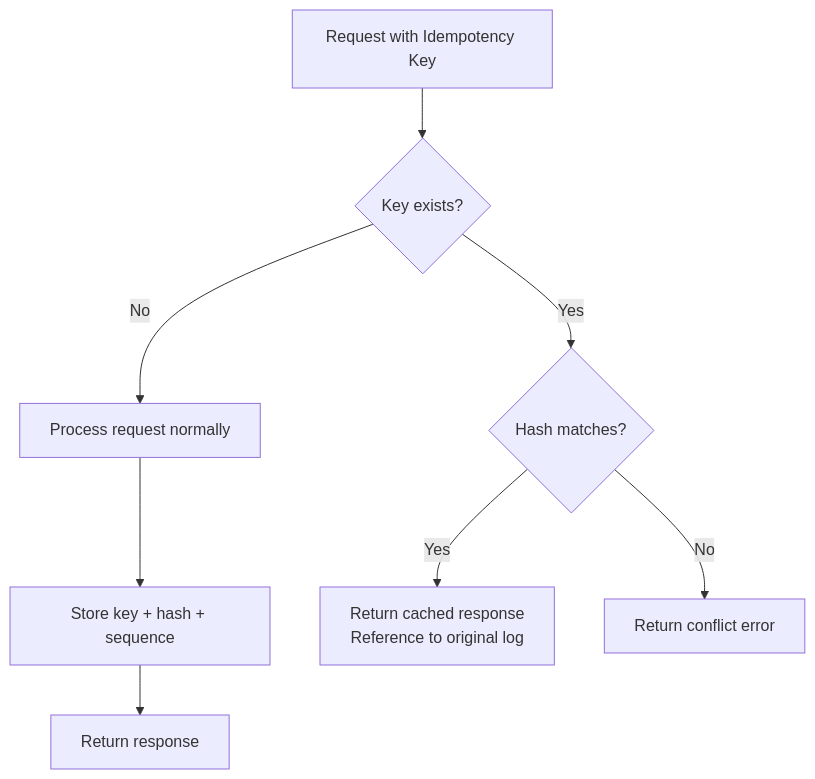
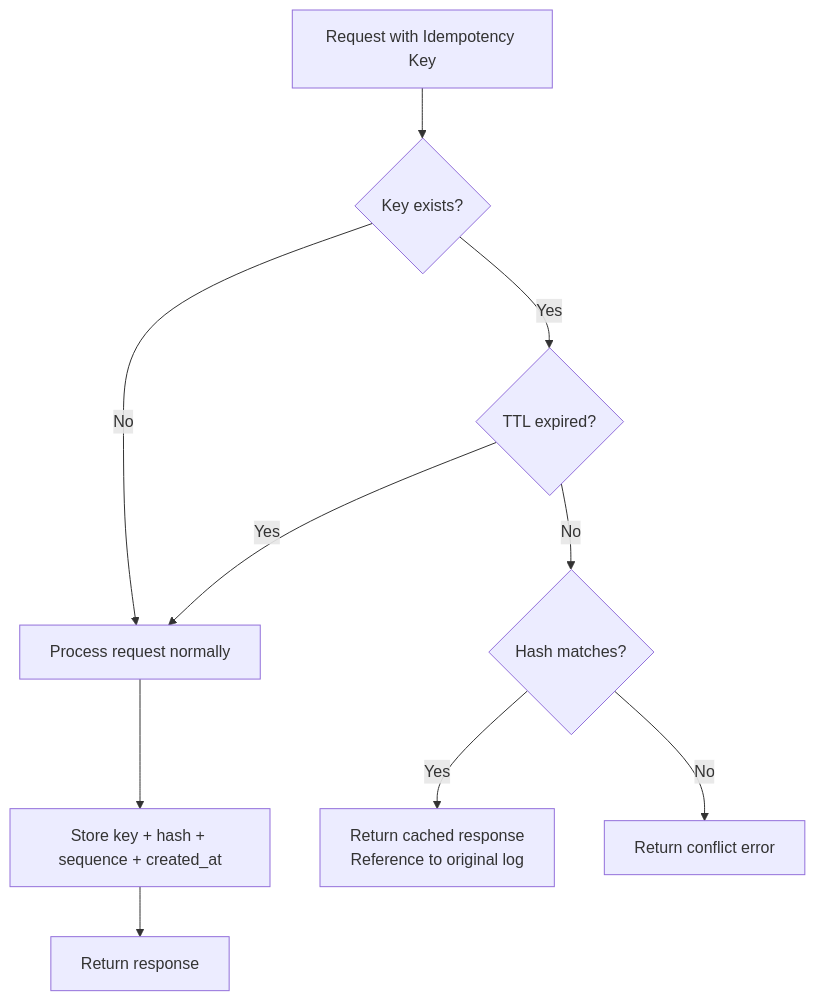
Before and after one commit to formancehq/ledger: the diagram in docs/dev/architecture/idempotency.md, drawn with Mermaid. The commit also changed other lines of this file and 41 other files, not shown here.

````diff
--- a/docs/dev/architecture/idempotency.md
+++ b/docs/dev/architecture/idempotency.md
@@ -23,11 +24,13 @@
 ```mermaid
 flowchart TD
     REQ[Request with Idempotency Key] --> CHECK{Key exists?}
     CHECK -->|No| PROCESS[Process request normally]
-    PROCESS --> STORE[Store key + hash + sequence]
+    PROCESS --> STORE[Store key + hash + sequence + created_at]
     STORE --> RETURN[Return response]
     
-    CHECK -->|Yes| HASH{Hash matches?}
+    CHECK -->|Yes| EXPIRED{TTL expired?}
+    EXPIRED -->|Yes| PROCESS
+    EXPIRED -->|No| HASH{Hash matches?}
     HASH -->|Yes| CACHED[Return cached response<br/>Reference to original log]
     HASH -->|No| CONFLICT[Return conflict error]
 ```
````
